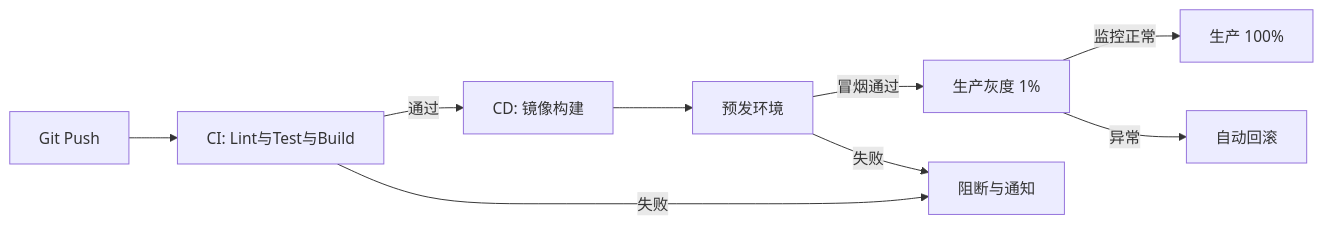
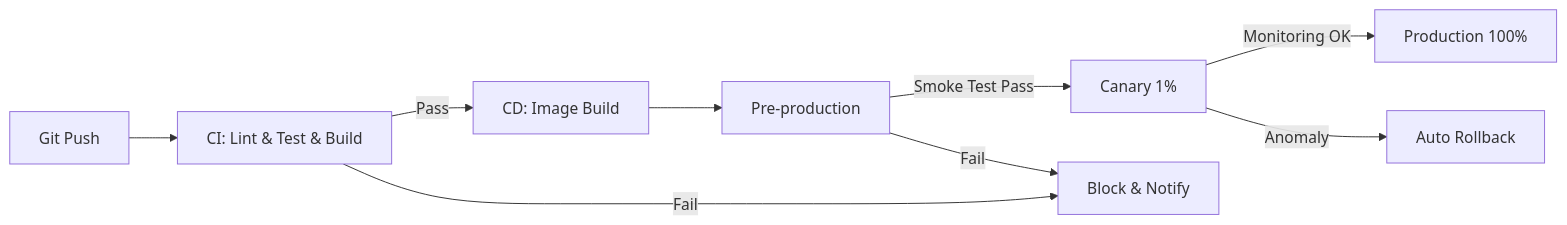
The third of 3 diagrams in templates/产品/技术层/【模板】技术需求文档(TRD).md (Kirky-X/cangjie), drawn with Mermaid before and after one commit. The commit also changed other lines of this file and 46 other files, not shown here.

````diff
--- a/templates/产品/技术层/【模板】技术需求文档(TRD).md
+++ b/templates/产品/技术层/【模板】技术需求文档(TRD).md
@@ -287,11 +287,11 @@
 ```mermaid
 graph LR
-    A[Git Push] --> B[CI: Lint与Test与Build]
-    B -->|通过| C[CD: 镜像构建]
-    C --> D[预发环境]
-    D -->|冒烟通过| E[生产灰度 1%]
-    E -->|监控正常| F[生产 100%]
-    B -->|失败| G[阻断与通知]
-    D -->|失败| G
-    E -->|异常| H[自动回滚]
+    A[Git Push] --> B[CI: Lint & Test & Build]
+    B -->|Pass| C[CD: Image Build]
+    C --> D[Pre-production]
+    D -->|Smoke Test Pass| E[Canary 1%]
+    E -->|Monitoring OK| F[Production 100%]
+    B -->|Fail| G[Block & Notify]
+    D -->|Fail| G
+    E -->|Anomaly| H[Auto Rollback]
 ```
````
